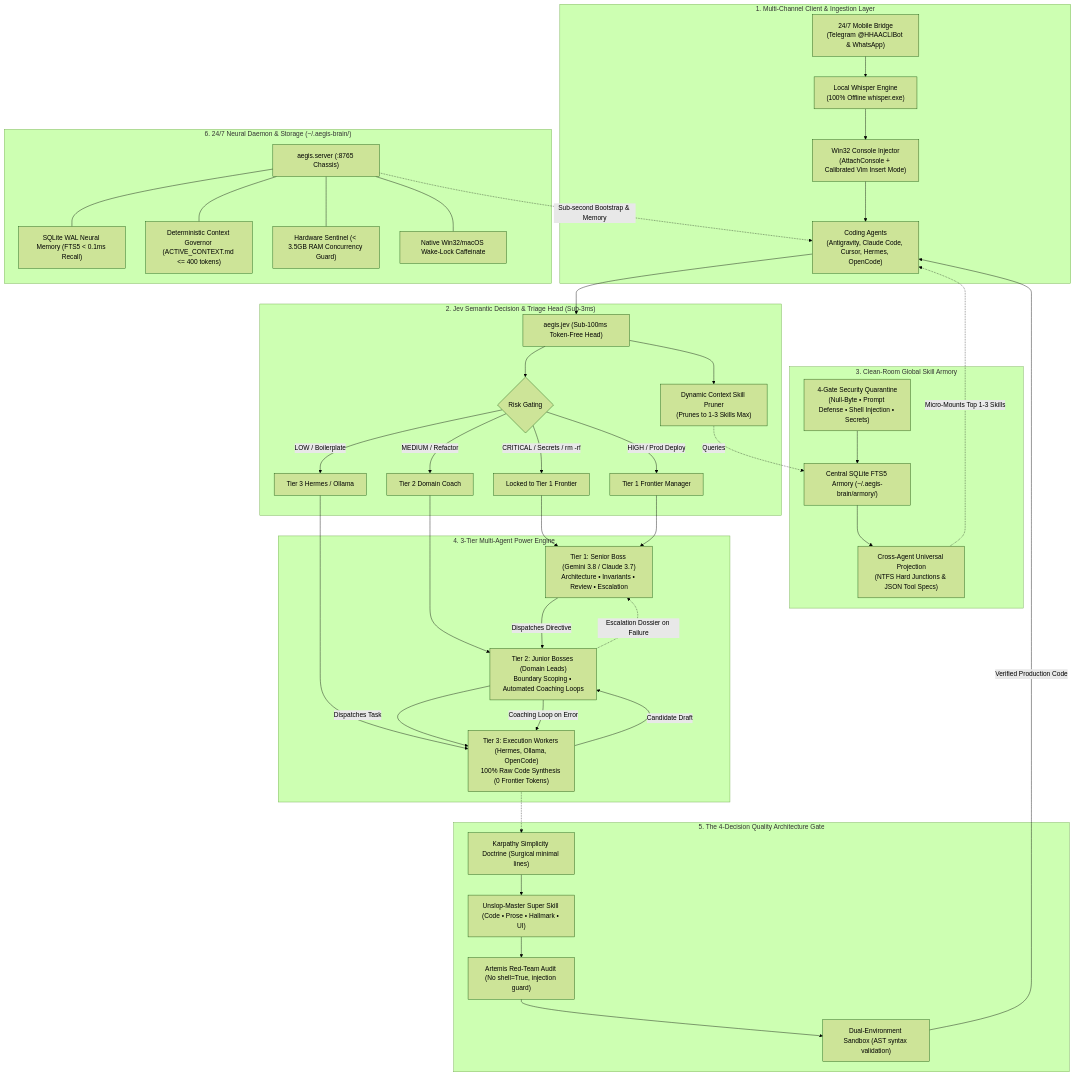
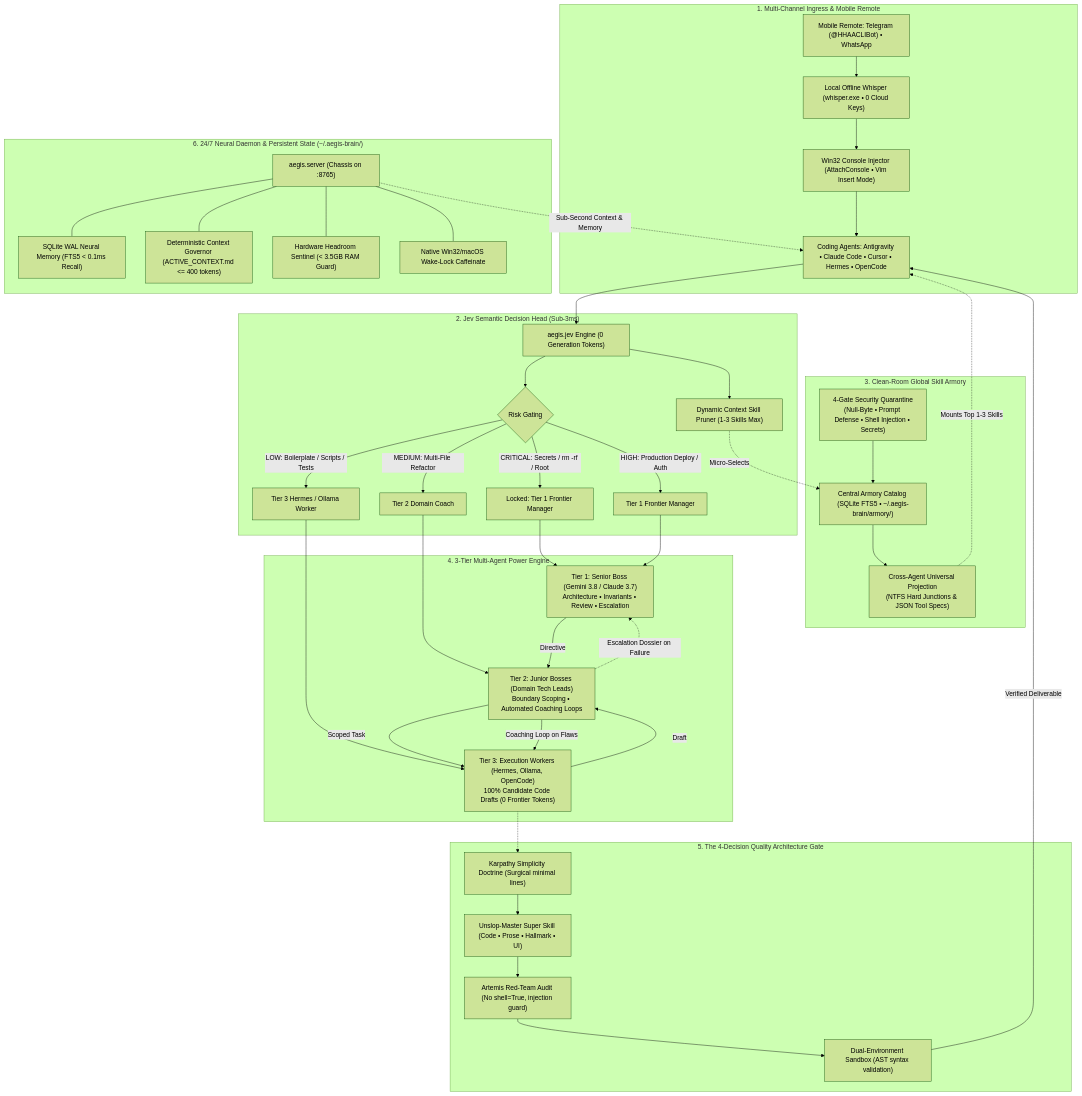
The first of 5 diagrams in README.md (PG300604/aegis-brain), drawn with Mermaid (forest theme) before and after one commit. The commit also changed other lines of this file, not shown here.

Commit message:
docs: break README ice-lock with native Mermaid diagrams, Excalidraw design links, and un-scrawled architectural deep dives

````diff
--- a/README.md
+++ b/README.md
@@ -75,75 +61,75 @@
 ```mermaid
 flowchart TD
-    subgraph Ingestion ["1. Multi-Channel Client & Ingestion Layer"]
-        A1["Coding Agents<br/>(Antigravity, Claude Code, Cursor, Hermes, OpenCode)"]
-        A2["24/7 Mobile Bridge<br/>(Telegram @HHAACLIBot & WhatsApp)"]
-        A3["Local Whisper Engine<br/>(100% Offline whisper.exe)"]
-        A4["Win32 Console Injector<br/>(AttachConsole + Calibrated Vim Insert Mode)"]
-        A2 --> A3 --> A4 --> A1
+    subgraph Ingestion ["1. Multi-Channel Ingress & Mobile Remote"]
+        Agents["Coding Agents: Antigravity • Claude Code • Cursor • Hermes • OpenCode"]
+        Phone["Mobile Remote: Telegram (@HHAACLIBot) • WhatsApp"]
+        Whisper["Local Offline Whisper (whisper.exe • 0 Cloud Keys)"]
+        Console["Win32 Console Injector (AttachConsole • Vim Insert Mode)"]
+        Phone --> Whisper --> Console --> Agents
     end
 
-    subgraph DecisionLayer ["2. Jev Semantic Decision & Triage Head (Sub-3ms)"]
-        JevEngine["aegis.jev (Sub-100ms Token-Free Head)"]
-        RiskGate{"Risk Gating"}
-        SkillPruner["Dynamic Context Skill Pruner<br/>(Prunes to 1-3 Skills Max)"]
+    subgraph DecisionLayer ["2. Jev Semantic Decision Head (Sub-3ms)"]
+        Jev["aegis.jev Engine (0 Generation Tokens)"]
+        RiskGating{"Risk Gating"}
+        ContextPrune["Dynamic Context Skill Pruner (1-3 Skills Max)"]
         
-        RiskGate -->|CRITICAL / Secrets / rm -rf| LockT1["Locked to Tier 1 Frontier"]
-        RiskGate -->|HIGH / Prod Deploy| RouteT1["Tier 1 Frontier Manager"]
-        RiskGate -->|MEDIUM / Refactor| RouteT2["Tier 2 Domain Coach"]
-        RiskGate -->|LOW / Boilerplate| RouteT3["Tier 3 Hermes / Ollama"]
+        RiskGating -->|CRITICAL: Secrets / rm -rf / Root| LockT1["Locked: Tier 1 Frontier Manager"]
+        RiskGating -->|HIGH: Production Deploy / Auth| RouteT1["Tier 1 Frontier Manager"]
+        RiskGating -->|MEDIUM: Multi-File Refactor| RouteT2["Tier 2 Domain Coach"]
+        RiskGating -->|LOW: Boilerplate / Scripts / Tests| RouteT3["Tier 3 Hermes / Ollama Worker"]
         
-        JevEngine --> RiskGate
-        JevEngine --> SkillPruner
+        Jev --> RiskGating
+        Jev --> ContextPrune
     end
 
-    subgraph ArmoryZone ["3. Clean-Room Global Skill Armory"]
-        FTSIndex["Central SQLite FTS5 Armory (~/.aegis-brain/armory/)"]
+    subgraph ArmoryLayer ["3. Clean-Room Global Skill Armory"]
+        ArmoryDB["Central Armory Catalog (SQLite FTS5 • ~/.aegis-brain/armory/)"]
         Quarantine["4-Gate Security Quarantine<br/>(Null-Byte • Prompt Defense • Shell Injection • Secrets)"]
         Projection["Cross-Agent Universal Projection<br/>(NTFS Hard Junctions & JSON Tool Specs)"]
         
-        Quarantine --> FTSIndex --> Projection
-        SkillPruner -.->|Queries| FTSIndex
-        Projection -.->|Micro-Mounts Top 1-3 Skills| A1
+        Quarantine --> ArmoryDB --> Projection
+        ContextPrune -.->|Micro-Selects| ArmoryDB
+        Projection -.->|Mounts Top 1-3 Skills| Agents
     end
 
     subgraph PowerEngine ["4. 3-Tier Multi-Agent Power Engine"]
         T1["Tier 1: Senior Boss (Gemini 3.8 / Claude 3.7)<br/>Architecture • Invariants • Review • Escalation"]
-        T2["Tier 2: Junior Bosses (Domain Leads)<br/>Boundary Scoping • Automated Coaching Loops"]
-        T3["Tier 3: Execution Workers (Hermes, Ollama, OpenCode)<br/>100% Raw Code Synthesis (0 Frontier Tokens)"]
+        T2["Tier 2: Junior Bosses (Domain Tech Leads)<br/>Boundary Scoping • Automated Coaching Loops"]
+        T3["Tier 3: Execution Workers (Hermes, Ollama, OpenCode)<br/>100% Candidate Code Drafts (0 Frontier Tokens)"]
         
         LockT1 & RouteT1 --> T1
         RouteT2 --> T2
         RouteT3 --> T3
-        T1 -->|Dispatches Directive| T2
-        T2 -->|Dispatches Task| T3
-        T3 -->|Candidate Draft| T2
-        T2 -->|Coaching Loop on Error| T3
+        T1 -->|Directive| T2
+        T2 -->|Scoped Task| T3
+        T3 -->|Draft| T2
+        T2 -->|Coaching Loop on Flaws| T3
         T2 -.->|Escalation Dossier on Failure| T1
     end
 
     subgraph QualityGate ["5. The 4-Decision Quality Architecture Gate"]
         Q1["Karpathy Simplicity Doctrine (Surgical minimal lines)"]
         Q2["Unslop-Master Super Skill (Code • Prose • Hallmark • UI)"]
         Q3["Artemis Red-Team Audit (No shell=True, injection guard)"]
         Q4["Dual-Environment Sandbox (AST syntax validation)"]
         
         T3 -.-> Q1 --> Q2 --> Q3 --> Q4
     end
 
-    subgraph DaemonState ["6. 24/7 Neural Daemon & Storage (~/.aegis-brain/)"]
-        Daemon["aegis.server (:8765 Chassis)"]
-        Memory["SQLite WAL Neural Memory (FTS5 < 0.1ms Recall)"]
+    subgraph DaemonState ["6. 24/7 Neural Daemon & Persistent State (~/.aegis-brain/)"]
+        Daemon["aegis.server (Chassis on :8765)"]
+        WAL["SQLite WAL Neural Memory (FTS5 < 0.1ms Recall)"]
         Gov["Deterministic Context Governor (ACTIVE_CONTEXT.md <= 400 tokens)"]
-        Headroom["Hardware Sentinel (< 3.5GB RAM Concurrency Guard)"]
+        Sentinel["Hardware Headroom Sentinel (< 3.5GB RAM Guard)"]
         Caff["Native Win32/macOS Wake-Lock Caffeinate"]
         
-        Daemon --- Memory
+        Daemon --- WAL
         Daemon --- Gov
-        Daemon --- Headroom
+        Daemon --- Sentinel
         Daemon --- Caff
     end
 
-    A1 --> JevEngine
-    Q4 -->|Verified Production Code| A1
-    Daemon -.->|Sub-second Bootstrap & Memory| A1
+    Agents --> Jev
+    Q4 -->|Verified Deliverable| Agents
+    Daemon -.->|Sub-Second Context & Memory| Agents
 ```
````
